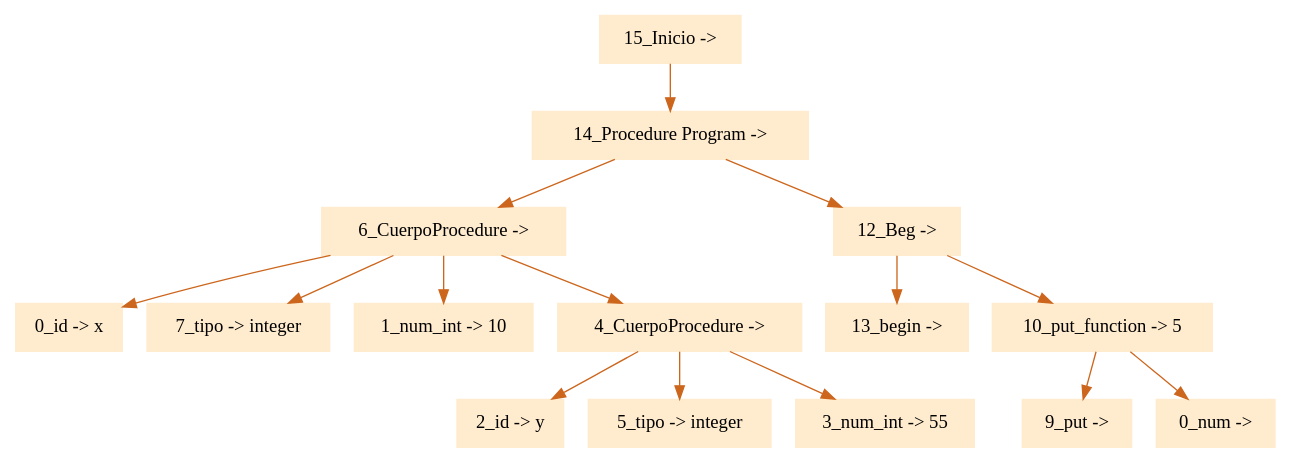
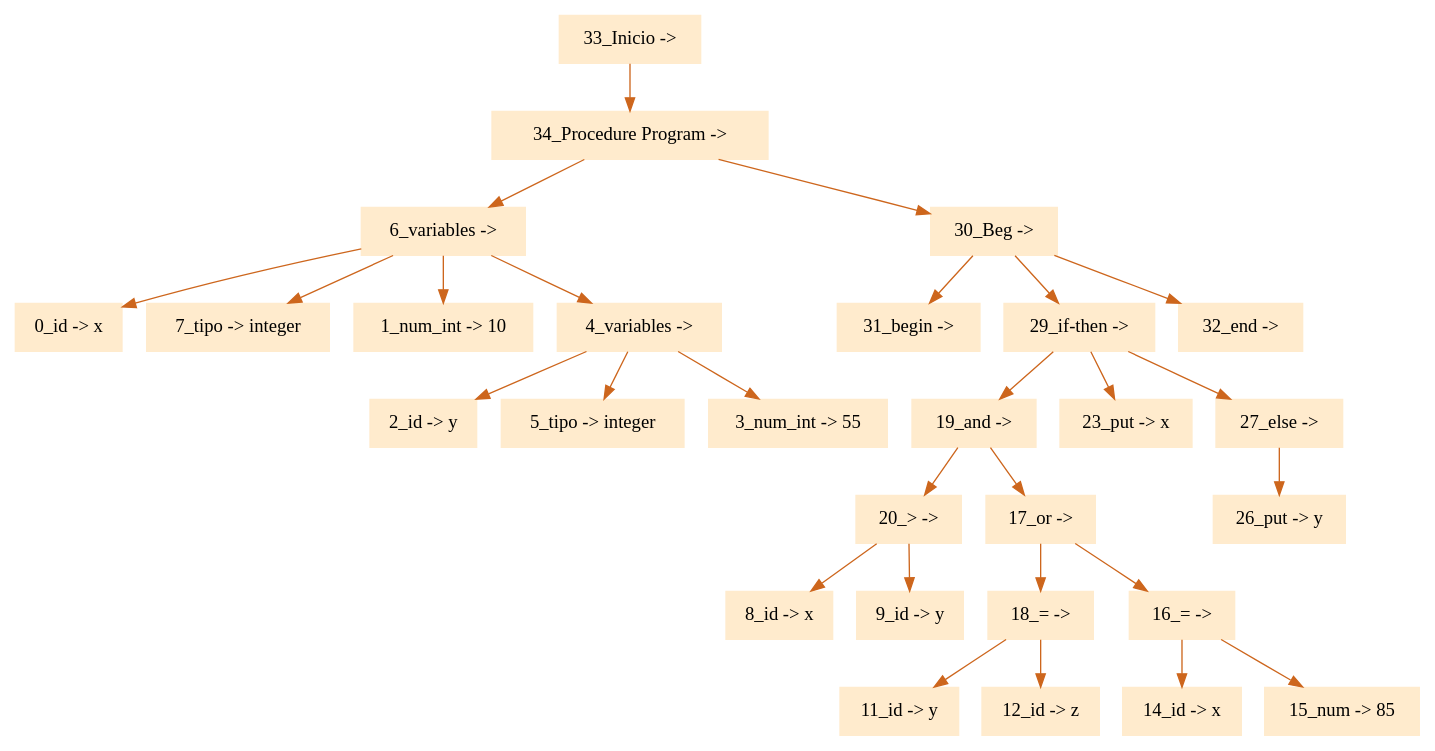
The diagram in ProyectoCompiladores/arbol.dot (eliasgz97/Proyecto_Compiladores), drawn with Graphviz before and after one commit. The commit also changed 11 other files, not shown here.

```diff
--- a/ProyectoCompiladores/arbol.dot
+++ b/ProyectoCompiladores/arbol.dot
@@ -1,19 +1,32 @@
 digraph G {node[shape=box, style=filled, color=blanchedalmond]; edge[color=chocolate3];rankdir=UD 
 
-"15_Inicio -> "->"14_Procedure Program -> "
-"14_Procedure Program -> "->"6_CuerpoProcedure -> "
-"6_CuerpoProcedure -> "->"0_id -> x"
-"6_CuerpoProcedure -> "->"7_tipo -> integer"
-"6_CuerpoProcedure -> "->"1_num_int -> 10"
-"6_CuerpoProcedure -> "->"4_CuerpoProcedure -> "
-"4_CuerpoProcedure -> "->"2_id -> y"
-"4_CuerpoProcedure -> "->"5_tipo -> integer"
-"4_CuerpoProcedure -> "->"3_num_int -> 55"
-"14_Procedure Program -> "->"12_Beg -> "
-"12_Beg -> "->"13_begin -> "
-"12_Beg -> "->"10_put_function -> 5"
-"10_put_function -> 5"->"9_put -> "
-"10_put_function -> 5"->"0_num -> "
+"33_Inicio -> "->"34_Procedure Program -> "
+"34_Procedure Program -> "->"6_variables -> "
+"6_variables -> "->"0_id -> x"
+"6_variables -> "->"7_tipo -> integer"
+"6_variables -> "->"1_num_int -> 10"
+"6_variables -> "->"4_variables -> "
+"4_variables -> "->"2_id -> y"
+"4_variables -> "->"5_tipo -> integer"
+"4_variables -> "->"3_num_int -> 55"
+"34_Procedure Program -> "->"30_Beg -> "
+"30_Beg -> "->"31_begin -> "
+"30_Beg -> "->"29_if-then -> "
+"29_if-then -> "->"19_and -> "
+"19_and -> "->"20_> -> "
+"20_> -> "->"8_id -> x"
+"20_> -> "->"9_id -> y"
+"19_and -> "->"17_or -> "
+"17_or -> "->"18_= -> "
+"18_= -> "->"11_id -> y"
+"18_= -> "->"12_id -> z"
+"17_or -> "->"16_= -> "
+"16_= -> "->"14_id -> x"
+"16_= -> "->"15_num -> 85"
+"29_if-then -> "->"23_put -> x"
+"29_if-then -> "->"27_else -> "
+"27_else -> "->"26_put -> y"
+"30_Beg -> "->"32_end -> "
 
 
 }
```
